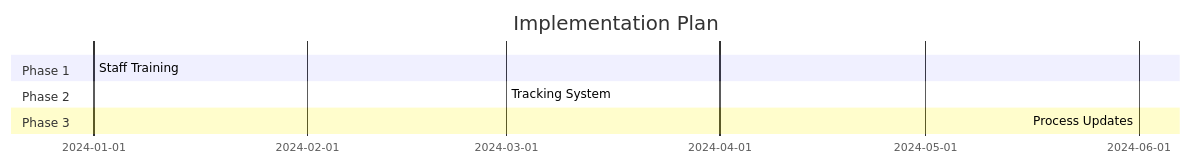
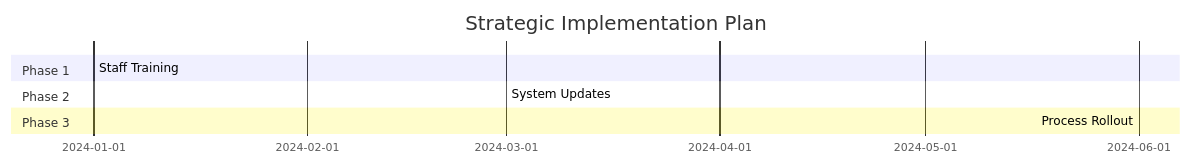
Before and after one commit to SoGhosh719/British_Airways: the seventh of 8 diagrams in README.md, drawn with Mermaid. The commit also changed other lines of this file, not shown here.

````diff
--- a/README.md
+++ b/README.md
@@ -174,10 +207,10 @@
 ```mermaid {scale: 0.7}
 gantt
-    title Implementation Plan
+    title Strategic Implementation Plan
     section Phase 1
     Staff Training    :2024-01, 2m
     section Phase 2
-    Tracking System   :2024-03, 3m
+    System Updates    :2024-03, 3m
     section Phase 3
-    Process Updates   :2024-06, 2m
+    Process Rollout   :2024-06, 2m
 ```
````
